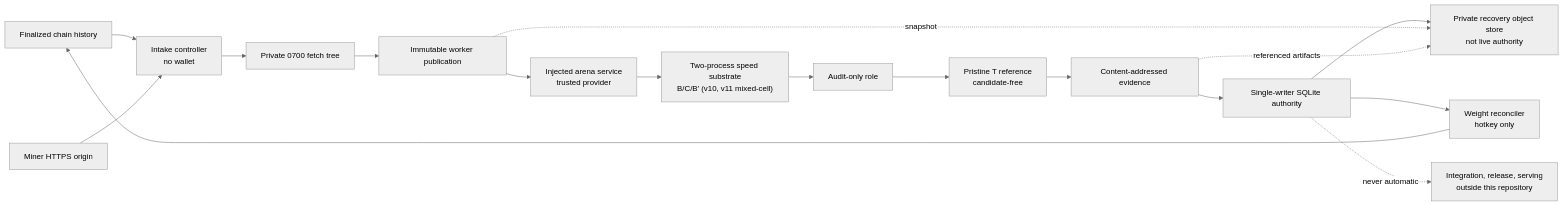
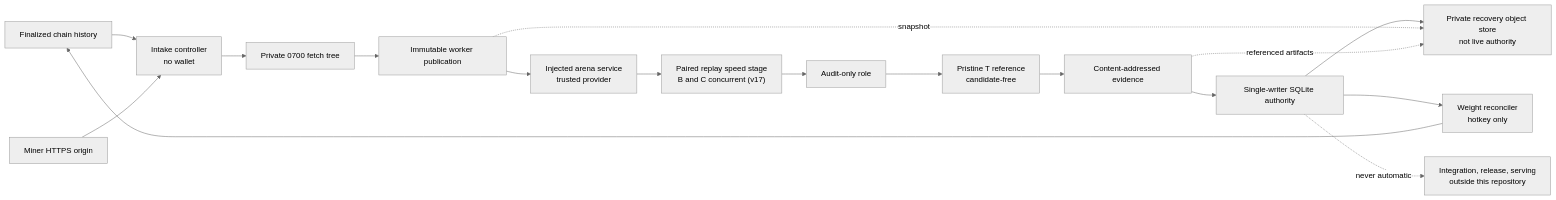
The diagram in docs/validator-guide/overview.md (latent-to/cacheon), drawn with Mermaid (neutral theme) before and after one commit. The commit also changed other lines of this file and 88 other files, not shown here.

````diff
--- a/docs/validator-guide/overview.md
+++ b/docs/validator-guide/overview.md
@@ -25,19 +25,19 @@
 ```mermaid
 flowchart LR
     Chain["Finalized chain history"] --> Intake["Intake controller<br/>no wallet"]
     Origin["Miner HTTPS origin"] --> Intake
     Intake --> Private["Private 0700 fetch tree"]
     Private --> Publication["Immutable worker publication"]
     Publication --> Arena["Injected arena service<br/>trusted provider"]
-    Arena --> OCI["Two-process speed substrate<br/>B/C/B′ (v10, v11 mixed-cell)"]
+    Arena --> OCI["Paired replay speed stage<br/>B and C concurrent (v17)"]
     OCI --> Audit["Audit-only role"]
     Audit --> T["Pristine T reference<br/>candidate-free"]
     T --> Evidence["Content-addressed evidence"]
     Evidence --> Store["Single-writer SQLite authority"]
     Store --> Recovery["Private recovery object store<br/>not live authority"]
     Publication -. "snapshot" .-> Recovery
     Evidence -. "referenced artifacts" .-> Recovery
     Store --> Signer["Weight reconciler<br/>hotkey only"]
     Signer --> Chain
     Store -. "never automatic" .-> Integration["Integration, release, serving<br/>outside this repository"]
 ```
````
